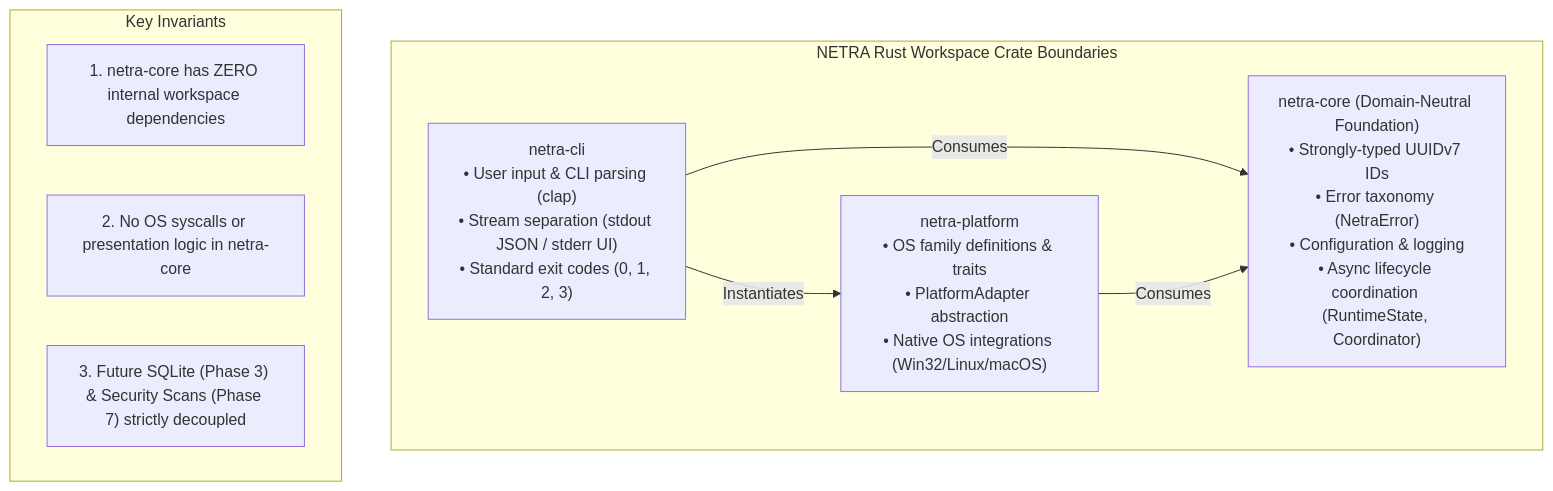
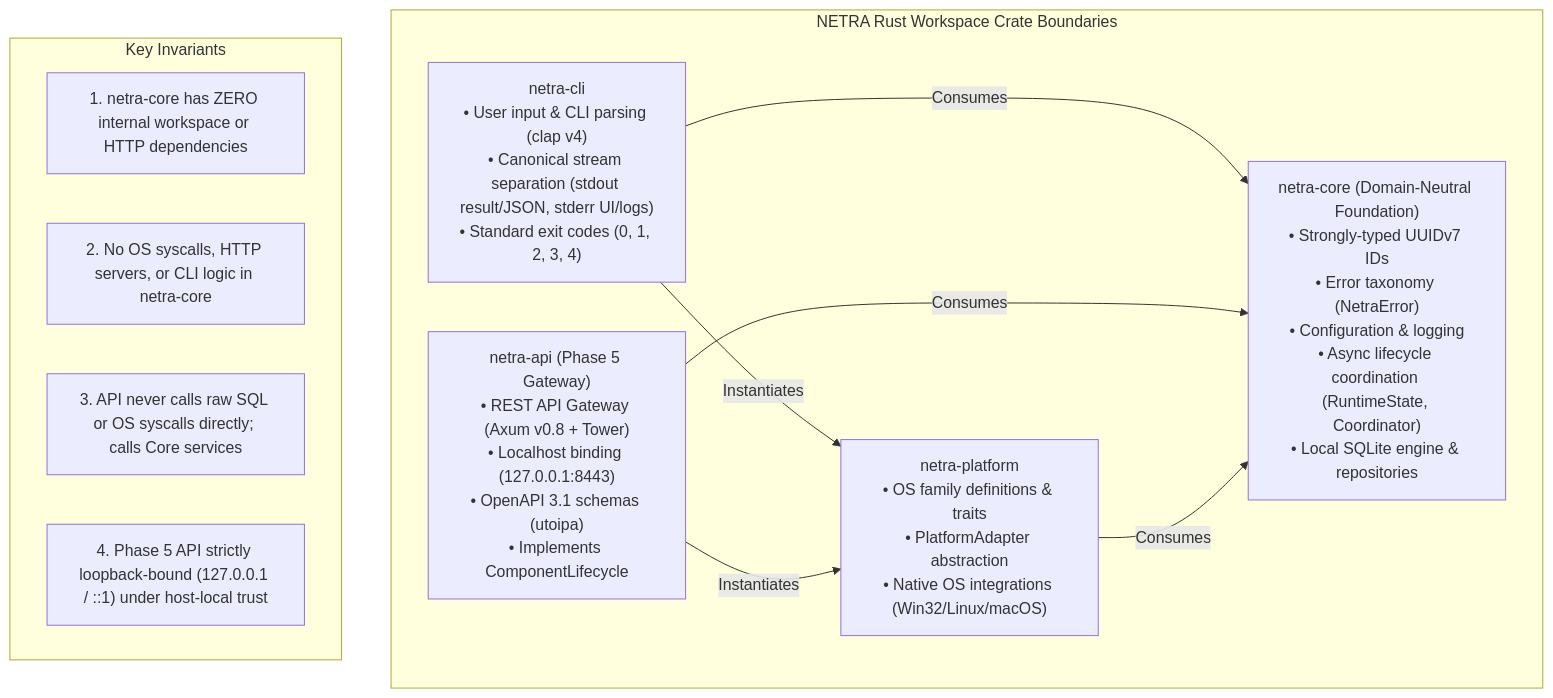
The third of 13 diagrams in docs/ARCHITECTURE.md (Subhadip-Paul2006/NETRA-Backend), drawn with Mermaid before and after one commit. The commit also changed other lines of this file and 52 other files, not shown here.

Commit message:
feat(api): implement Phase 5 Control-Plane REST API Gateway and contracts

````diff
--- a/docs/ARCHITECTURE.md
+++ b/docs/ARCHITECTURE.md
@@ -89,18 +89,22 @@
 ```mermaid
 flowchart TD
     subgraph RustWorkspace["NETRA Rust Workspace Crate Boundaries"]
-        CLI["netra-cli<br/>• User input & CLI parsing (clap)<br/>• Stream separation (stdout JSON / stderr UI)<br/>• Standard exit codes (0, 1, 2, 3)"]
+        CLI["netra-cli<br/>• User input & CLI parsing (clap v4)<br/>• Canonical stream separation (stdout result/JSON, stderr UI/logs)<br/>• Standard exit codes (0, 1, 2, 3, 4)"]
+        API["netra-api (Phase 5 Gateway)<br/>• REST API Gateway (Axum v0.8 + Tower)<br/>• Localhost binding (127.0.0.1:8443)<br/>• OpenAPI 3.1 schemas (utoipa)<br/>• Implements ComponentLifecycle"]
         PLATFORM["netra-platform<br/>• OS family definitions & traits<br/>• PlatformAdapter abstraction<br/>• Native OS integrations (Win32/Linux/macOS)"]
-        CORE["netra-core (Domain-Neutral Foundation)<br/>• Strongly-typed UUIDv7 IDs<br/>• Error taxonomy (NetraError)<br/>• Configuration & logging<br/>• Async lifecycle coordination (RuntimeState, Coordinator)"]
+        CORE["netra-core (Domain-Neutral Foundation)<br/>• Strongly-typed UUIDv7 IDs<br/>• Error taxonomy (NetraError)<br/>• Configuration & logging<br/>• Async lifecycle coordination (RuntimeState, Coordinator)<br/>• Local SQLite engine & repositories"]
 
         CLI -->|Consumes| CORE
+        CLI -->|Instantiates| PLATFORM
+        API -->|Consumes| CORE
+        API -->|Instantiates| PLATFORM
         PLATFORM -->|Consumes| CORE
-        CLI -->|Instantiates| PLATFORM
     end
 
     subgraph Boundaries["Key Invariants"]
-        INV1["1. netra-core has ZERO internal workspace dependencies"]
-        INV2["2. No OS syscalls or presentation logic in netra-core"]
-        INV3["3. Future SQLite (Phase 3) & Security Scans (Phase 7) strictly decoupled"]
+        INV1["1. netra-core has ZERO internal workspace or HTTP dependencies"]
+        INV2["2. No OS syscalls, HTTP servers, or CLI logic in netra-core"]
+        INV3["3. API never calls raw SQL or OS syscalls directly; calls Core services"]
+        INV4["4. Phase 5 API strictly loopback-bound (127.0.0.1 / ::1) under host-local trust"]
     end
 ```
````
